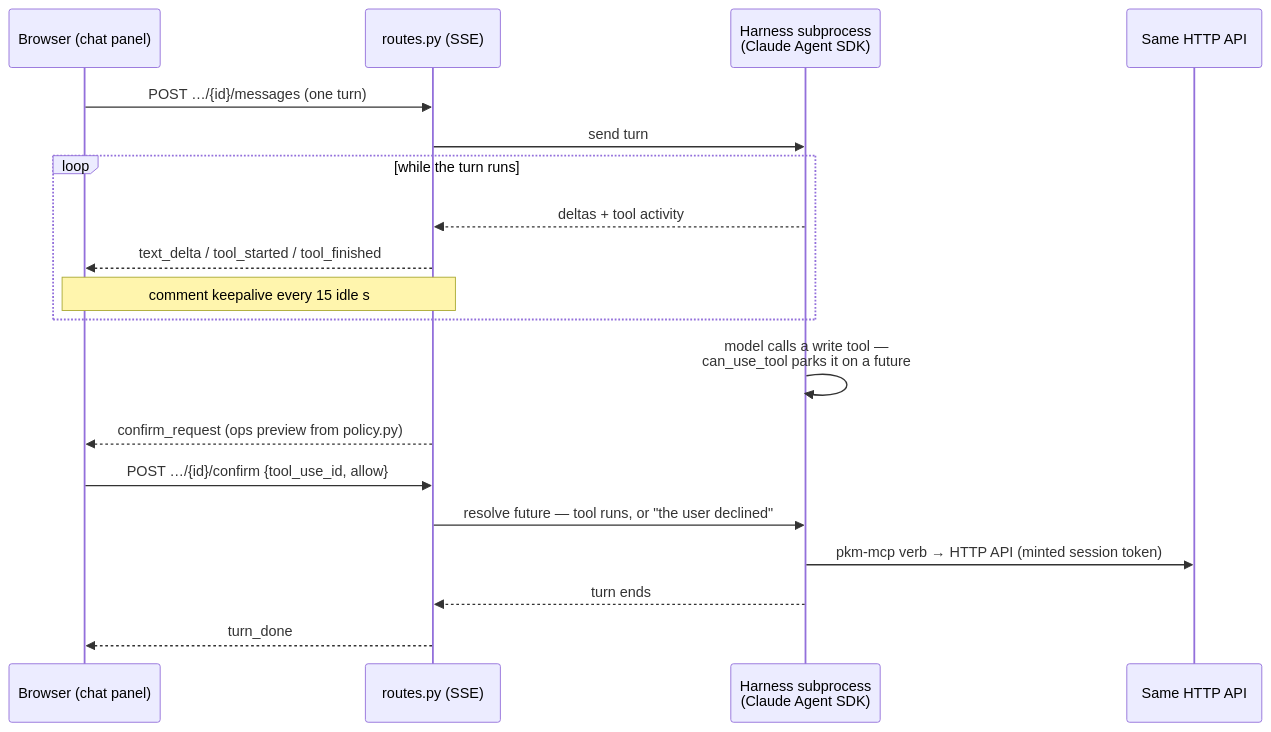
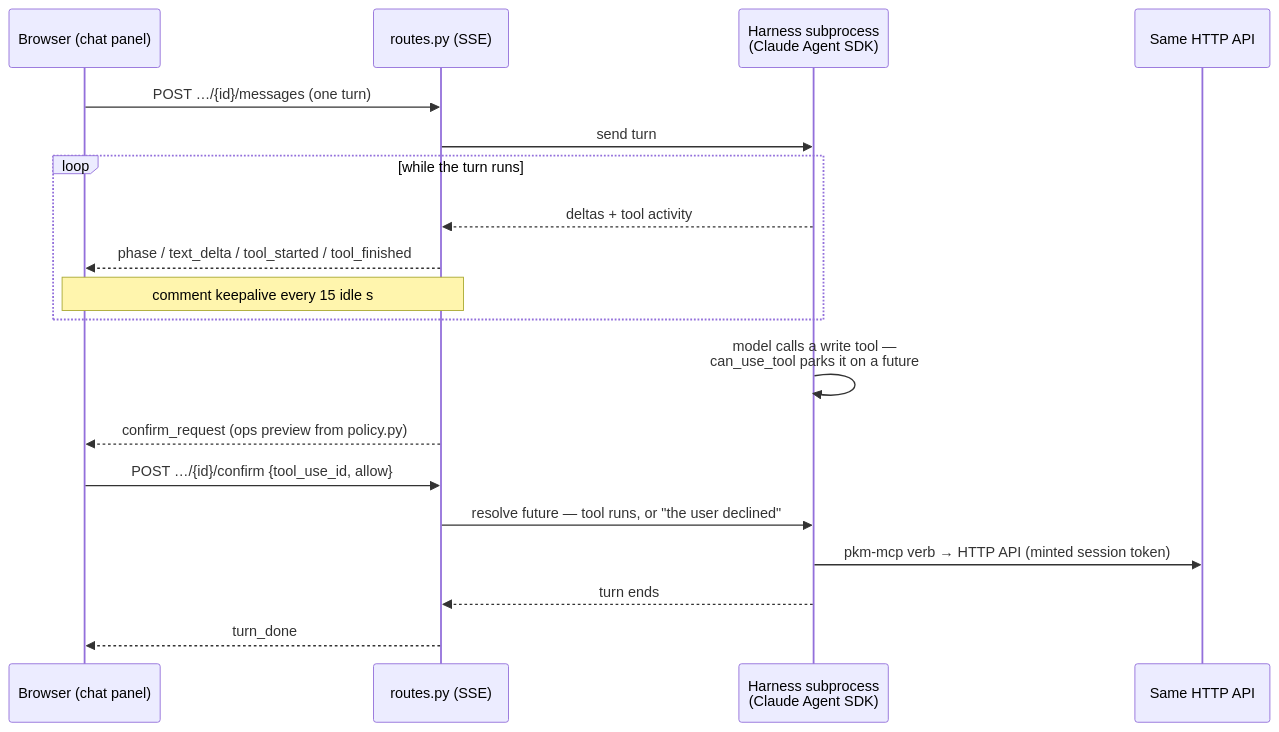
The first of 2 diagrams in docs/architecture/assistant-and-files.md (ArthurClune/pkm-system), drawn with Mermaid before and after one commit. The commit also changed other lines of this file and 13 other files, not shown here.

````diff
--- a/docs/architecture/assistant-and-files.md
+++ b/docs/architecture/assistant-and-files.md
@@ -38,22 +38,22 @@
 ```mermaid
 sequenceDiagram
     participant B as Browser (chat panel)
     participant R as routes.py (SSE)
     participant H as Harness subprocess<br/>(Claude Agent SDK)
     participant A as Same HTTP API
 
     B->>R: POST …/{id}/messages (one turn)
     R->>H: send turn
     loop while the turn runs
         H-->>R: deltas + tool activity
-        R-->>B: text_delta / tool_started / tool_finished
+        R-->>B: phase / text_delta / tool_started / tool_finished
         Note over R,B: comment keepalive every 15 idle s
     end
     H->>H: model calls a write tool —<br/>can_use_tool parks it on a future
     R-->>B: confirm_request (ops preview from policy.py)
     B->>R: POST …/{id}/confirm {tool_use_id, allow}
     R->>H: resolve future — tool runs, or "the user declined"
     H->>A: pkm-mcp verb → HTTP API (minted session token)
     H-->>R: turn ends
     R-->>B: turn_done
 ```
````
